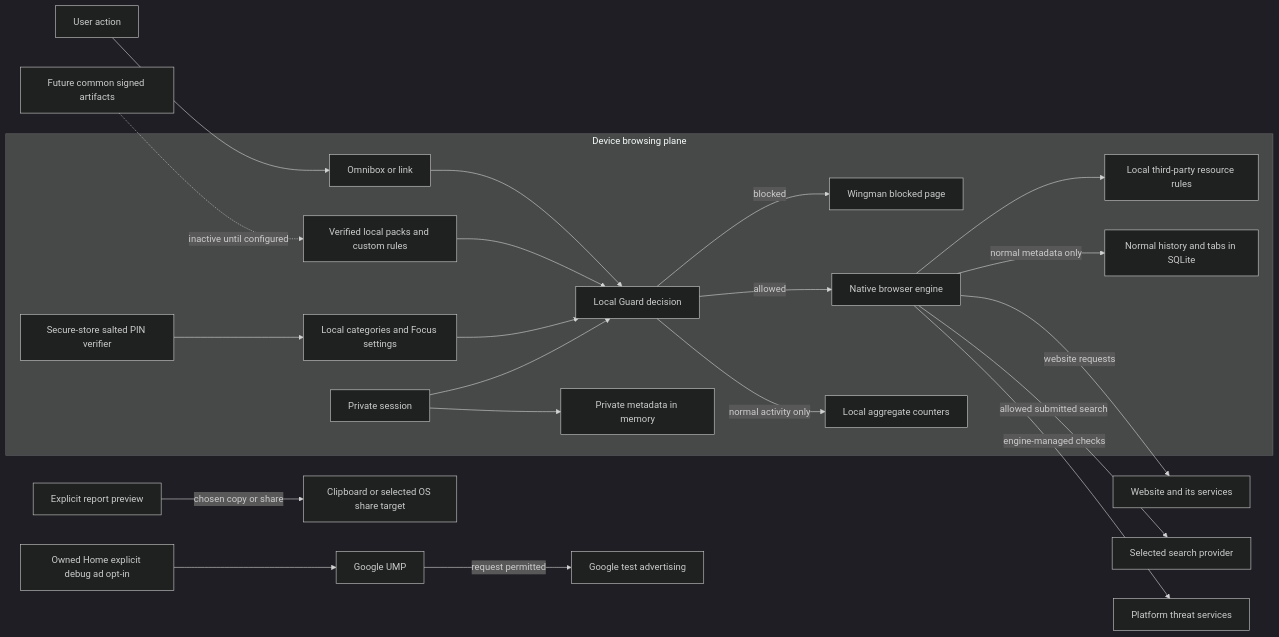
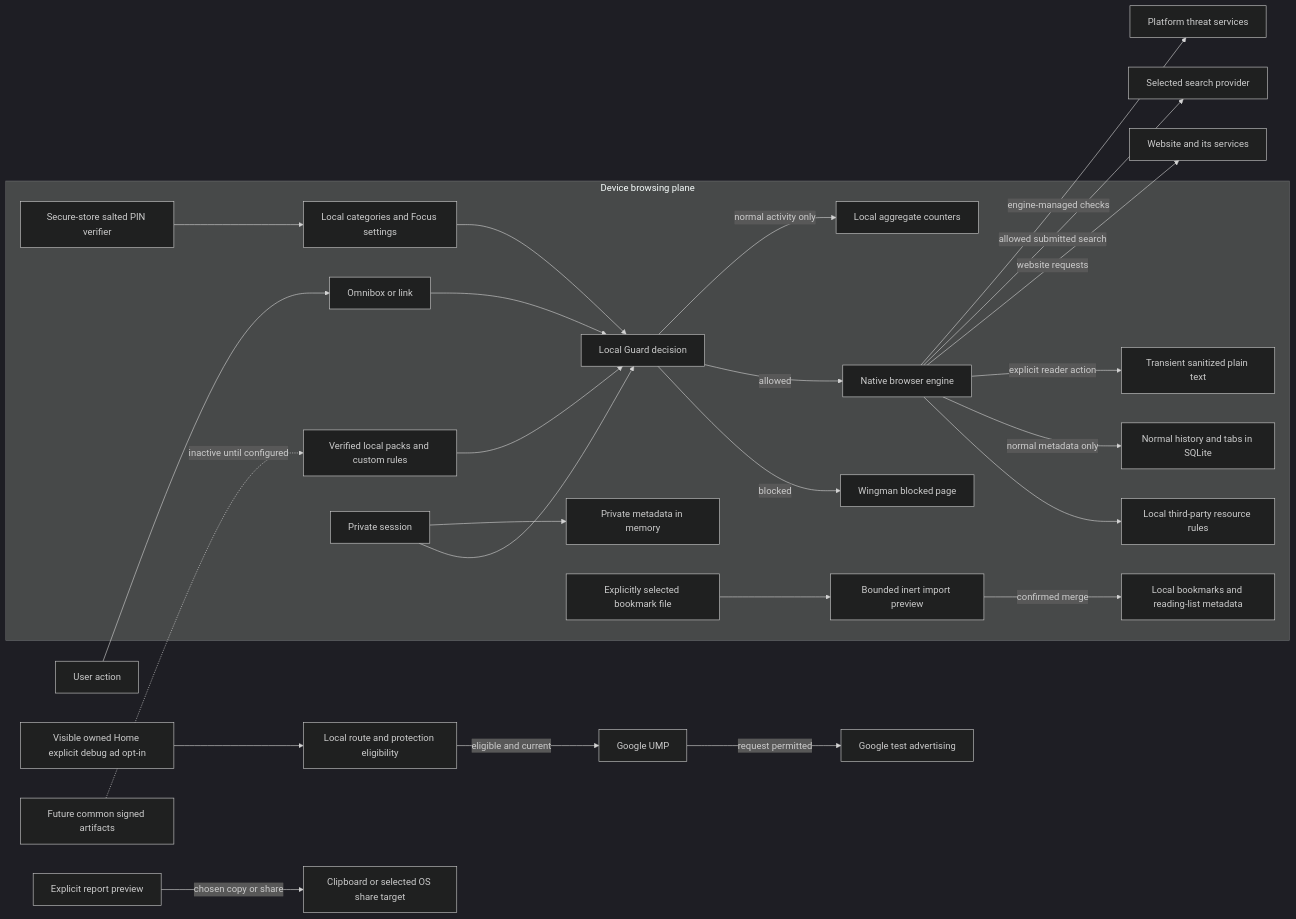
The diagram in docs/PRIVACY_ARCHITECTURE.md (mleikam1/wingmanbrowser), drawn with Mermaid (dark theme) before and after one commit. The commit also changed other lines of this file and 17 other files, not shown here.

````diff
--- a/docs/PRIVACY_ARCHITECTURE.md
+++ b/docs/PRIVACY_ARCHITECTURE.md
@@ -9,24 +9,28 @@
 ```mermaid
 flowchart LR
   Person[User action] --> Input[Omnibox or link]
   subgraph Device[Device browsing plane]
     Input --> Policy[Local Guard decision]
     Rules[Verified local packs and custom rules] --> Policy
     Settings[Local categories and Focus settings] --> Policy
     PIN[Secure-store salted PIN verifier] --> Settings
     Policy -->|blocked| Block[Wingman blocked page]
     Policy -->|allowed| Engine[Native browser engine]
     Engine --> Tracking[Local third-party resource rules]
     Engine -->|normal metadata only| Metadata[Normal history and tabs in SQLite]
     Policy -->|normal activity only| Counts[Local aggregate counters]
     Private[Private session] --> Policy
     Private --> Memory[Private metadata in memory]
+    File[Explicitly selected bookmark file] --> Preview[Bounded inert import preview]
+    Preview -->|confirmed merge| Library[Local bookmarks and reading-list metadata]
+    Engine -->|explicit reader action| Reader[Transient sanitized plain text]
   end
   Engine -->|website requests| Websites[Website and its services]
   Engine -->|allowed submitted search| Search[Selected search provider]
   Engine -->|engine-managed checks| NativeSafety[Platform threat services]
-  Home[Owned Home explicit debug ad opt-in] --> Consent[Google UMP]
+  Home[Visible owned Home explicit debug ad opt-in] --> Eligibility[Local route and protection eligibility]
+  Eligibility -->|eligible and current| Consent[Google UMP]
   Consent -->|request permitted| Ads[Google test advertising]
   Public[Future common signed artifacts] -.->|inactive until configured| Rules
   Report[Explicit report preview] -->|chosen copy or share| Export[Clipboard or selected OS share target]
 ```
````
